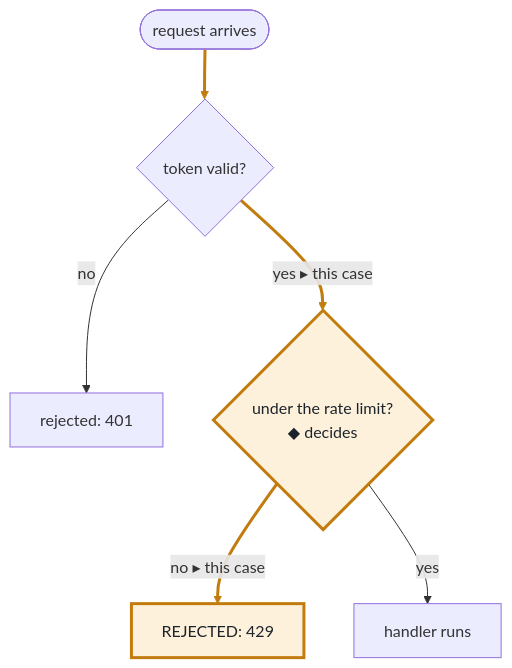
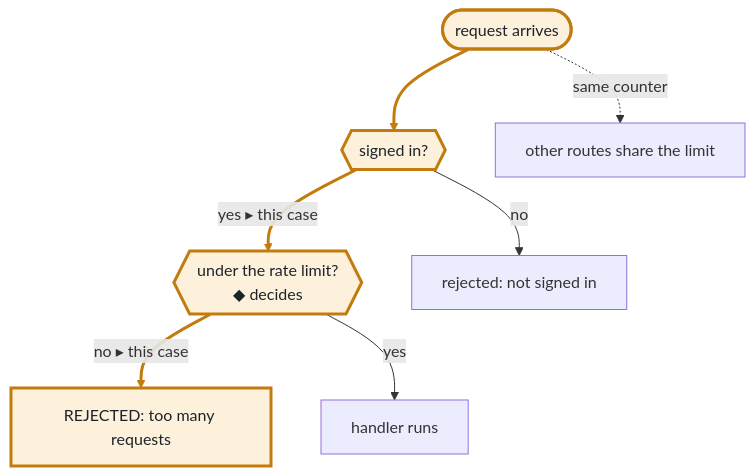
The first of 3 diagrams in graph-it/FORMS.md (mknw/muster-skills), drawn with Mermaid before and after one commit. The commit also changed other lines of this file and 3 other files, not shown here.

````diff
--- a/graph-it/FORMS.md
+++ b/graph-it/FORMS.md
@@ -11,11 +11,12 @@
 ```mermaid
 flowchart TD
-  A(["request arrives"]) ==> B{"token valid?"}
-  B -- no --> X["rejected: 401"]
-  B == "yes ▸ this case" ==> C{"under the rate limit?<br>◆ decides"}
-  C == "no ▸ this case" ==> Y["REJECTED: 429"]
+  A(["request arrives"]) ==> B{{"signed in?"}}
+  B == "yes ▸ this case" ==> C{{"under the rate limit?<br>◆ decides"}}
+  C == "no ▸ this case" ==> Y["REJECTED: too many requests"]
+  B -- no --> X["rejected: not signed in"]
   C -- yes --> D["handler runs"]
+  A -. "same counter" .-> Z["other routes share the limit"]
   classDef hit fill:#fdf1dc,stroke:#c27c0e,stroke-width:3px,color:#1d232b
-  class C,Y hit
-  linkStyle 0,2,3 stroke:#c27c0e,stroke-width:3px
+  class A,B,C,Y hit
+  linkStyle 0,1,2 stroke:#c27c0e,stroke-width:3px
 ```
````
